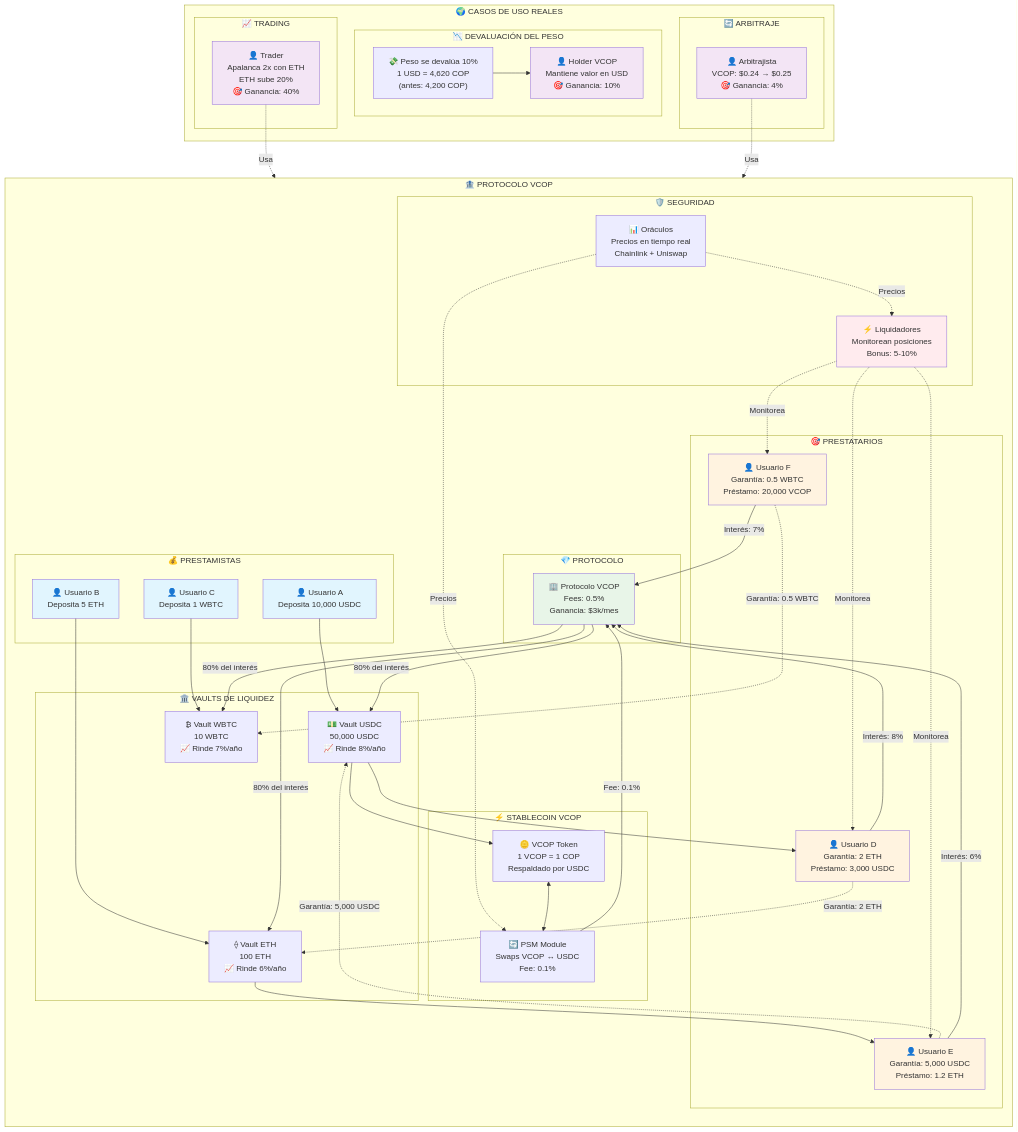
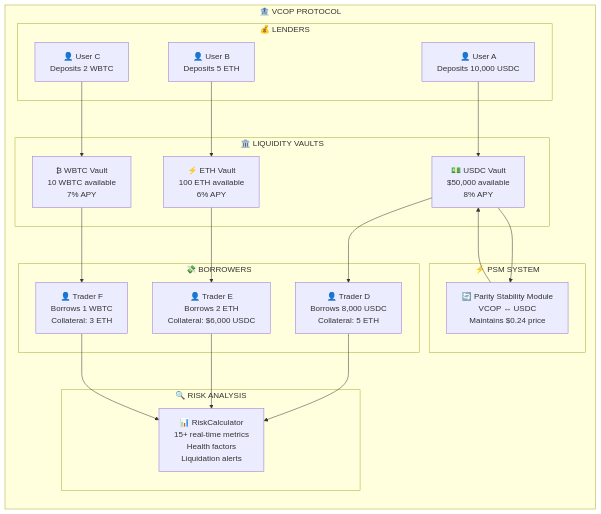
The diagram in docs/COMO_FUNCIONA.md (rofergon/Vcop-Collateral-system-hook-main), drawn with Mermaid before and after one commit. The commit also changed other lines of this file and 8 other files, not shown here.

Commit message:
docs: Update VCOP documentation to English - Translated key sections including 'How the Protocol Works', 'Operating System Guide', and 'Risk Management' - Enhanced clarity and accessibility for a broader audience - Updated links and references throughout the documentation

````diff
--- a/docs/COMO_FUNCIONA.md
+++ b/docs/COMO_FUNCIONA.md
@@ -244,99 +244,46 @@
 ```mermaid
 graph TB
-    subgraph "🏦 PROTOCOLO VCOP"
+    subgraph "🏦 VCOP PROTOCOL"
         direction TB
-        subgraph "💰 PRESTAMISTAS"
-            LP1["👤 Usuario A<br/>Deposita 10,000 USDC"]
-            LP2["👤 Usuario B<br/>Deposita 5 ETH"]
-            LP3["👤 Usuario C<br/>Deposita 1 WBTC"]
+        subgraph "💰 LENDERS"
+            LP1["👤 User A<br/>Deposits 10,000 USDC"]
+            LP2["👤 User B<br/>Deposits 5 ETH"]
+            LP3["👤 User C<br/>Deposits 2 WBTC"]
         end
         
-        subgraph "🏛️ VAULTS DE LIQUIDEZ"
-            VAULT_USDC["💵 Vault USDC<br/>50,000 USDC<br/>📈 Rinde 8%/año"]
-            VAULT_ETH["⟠ Vault ETH<br/>100 ETH<br/>📈 Rinde 6%/año"]
-            VAULT_WBTC["₿ Vault WBTC<br/>10 WBTC<br/>📈 Rinde 7%/año"]
+        subgraph "🏛️ LIQUIDITY VAULTS"
+            V1["💵 USDC Vault<br/>$50,000 available<br/>8% APY"]
+            V2["⚡ ETH Vault<br/>100 ETH available<br/>6% APY"]  
+            V3["₿ WBTC Vault<br/>10 WBTC available<br/>7% APY"]
         end
         
-        subgraph "🎯 PRESTATARIOS"
-            BORROWER1["👤 Usuario D<br/>Garantía: 2 ETH<br/>Préstamo: 3,000 USDC"]
-            BORROWER2["👤 Usuario E<br/>Garantía: 5,000 USDC<br/>Préstamo: 1.2 ETH"]
-            BORROWER3["👤 Usuario F<br/>Garantía: 0.5 WBTC<br/>Préstamo: 20,000 VCOP"]
+        subgraph "💸 BORROWERS"
+            B1["👤 Trader D<br/>Borrows 8,000 USDC<br/>Collateral: 5 ETH"]
+            B2["👤 Trader E<br/>Borrows 2 ETH<br/>Collateral: $6,000 USDC"]
+            B3["👤 Trader F<br/>Borrows 1 WBTC<br/>Collateral: 3 ETH"]
         end
         
-        subgraph "⚡ STABLECOIN VCOP"
-            VCOP_TOKEN["🪙 VCOP Token<br/>1 VCOP = 1 COP<br/>Respaldado por USDC"]
-            PSM["🔄 PSM Module<br/>Swaps VCOP ↔ USDC<br/>Fee: 0.1%"]
+        subgraph "⚡ PSM SYSTEM"
+            PSM["🔄 Parity Stability Module<br/>VCOP ↔ USDC<br/>Maintains $0.24 price"]
         end
         
-        subgraph "🛡️ SEGURIDAD"
-            LIQUIDATORS["⚡ Liquidadores<br/>Monitorean posiciones<br/>Bonus: 5-10%"]
-            ORACLES["📊 Oráculos<br/>Precios en tiempo real<br/>Chainlink + Uniswap"]
-        end
-        
-        subgraph "💎 PROTOCOLO"
-            PROTOCOL["🏢 Protocolo VCOP<br/>Fees: 0.5%<br/>Ganancia: $3k/mes"]
+        subgraph "🔍 RISK ANALYSIS"
+            RISK["📊 RiskCalculator<br/>15+ real-time metrics<br/>Health factors<br/>Liquidation alerts"]
         end
     end
     
-    subgraph "🌍 CASOS DE USO REALES"
-        subgraph "📉 DEVALUACIÓN DEL PESO"
-            PESO_DOWN["💸 Peso se devalúa 10%<br/>1 USD = 4,620 COP<br/>(antes: 4,200 COP)"]
-            VCOP_HOLDER["👤 Holder VCOP<br/>Mantiene valor en USD<br/>🎯 Ganancia: 10%"]
-        end
-        
-        subgraph "📈 TRADING"
-            TRADER["👤 Trader<br/>Apalanca 2x con ETH<br/>ETH sube 20%<br/>🎯 Ganancia: 40%"]
-        end
-        
-        subgraph "🔄 ARBITRAJE"
-            ARB["👤 Arbitrajista<br/>VCOP: $0.24 → $0.25<br/>🎯 Ganancia: 4%"]
-        end
-    end
+    LP1 --> V1
+    LP2 --> V2
+    LP3 --> V3
     
-    %% Flujos de dinero
-    LP1 --> VAULT_USDC
-    LP2 --> VAULT_ETH
-    LP3 --> VAULT_WBTC
+    V1 --> B1
+    V2 --> B2
+    V3 --> B3
     
-    VAULT_USDC --> BORROWER1
-    VAULT_ETH --> BORROWER2
-    VAULT_USDC --> VCOP_TOKEN
+    V1 --> PSM
+    PSM --> V1
     
-    BORROWER1 -.->|"Garantía: 2 ETH"| VAULT_ETH
-    BORROWER2 -.->|"Garantía: 5,000 USDC"| VAULT_USDC
-    BORROWER3 -.->|"Garantía: 0.5 WBTC"| VAULT_WBTC
-    
-    BORROWER1 -->|"Interés: 8%"| PROTOCOL
-    BORROWER2 -->|"Interés: 6%"| PROTOCOL
-    BORROWER3 -->|"Interés: 7%"| PROTOCOL
-    
-    PROTOCOL -->|"80% del interés"| VAULT_USDC
-    PROTOCOL -->|"80% del interés"| VAULT_ETH
-    PROTOCOL -->|"80% del interés"| VAULT_WBTC
-    
-    LIQUIDATORS -.->|"Monitorea"| BORROWER1
-    LIQUIDATORS -.->|"Monitorea"| BORROWER2
-    LIQUIDATORS -.->|"Monitorea"| BORROWER3
-    
-    ORACLES -.->|"Precios"| LIQUIDATORS
-    ORACLES -.->|"Precios"| PSM
-    
-    VCOP_TOKEN <--> PSM
-    PSM -->|"Fee: 0.1%"| PROTOCOL
-    
-    PESO_DOWN --> VCOP_HOLDER
-    TRADER -.->|"Usa"| VAULT_ETH
-    ARB -.->|"Usa"| PSM
-    
-    style LP1 fill:#e1f5fe
-    style LP2 fill:#e1f5fe
-    style LP3 fill:#e1f5fe
-    style BORROWER1 fill:#fff3e0
-    style BORROWER2 fill:#fff3e0
-    style BORROWER3 fill:#fff3e0
-    style LIQUIDATORS fill:#ffebee
-    style PROTOCOL fill:#e8f5e8
-    style VCOP_HOLDER fill:#f3e5f5
-    style TRADER fill:#f3e5f5
-    style ARB fill:#f3e5f5
+    B1 --> RISK
+    B2 --> RISK
+    B3 --> RISK
 ```
````
